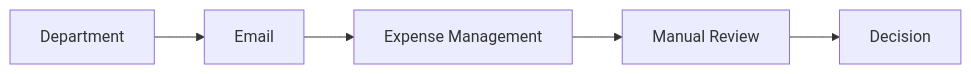
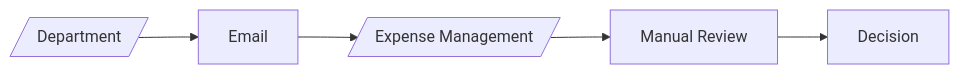
The first of 2 diagrams in README.md (dwiputris/business-case-automation), drawn with Mermaid before and after one commit. The commit also changed other lines of this file, not shown here.

Commit message:
README.md

````diff
--- a/README.md
+++ b/README.md
@@ -16,7 +16,7 @@
 ```mermaid
 flowchart LR
-A[Department] --> B[Email]
-B --> C[Expense Management]
+A[/Department/] --> B[Email]
+B --> C[/Expense Management/]
 C --> D[Manual Review]
 D --> E[Decision]
 ```
````
